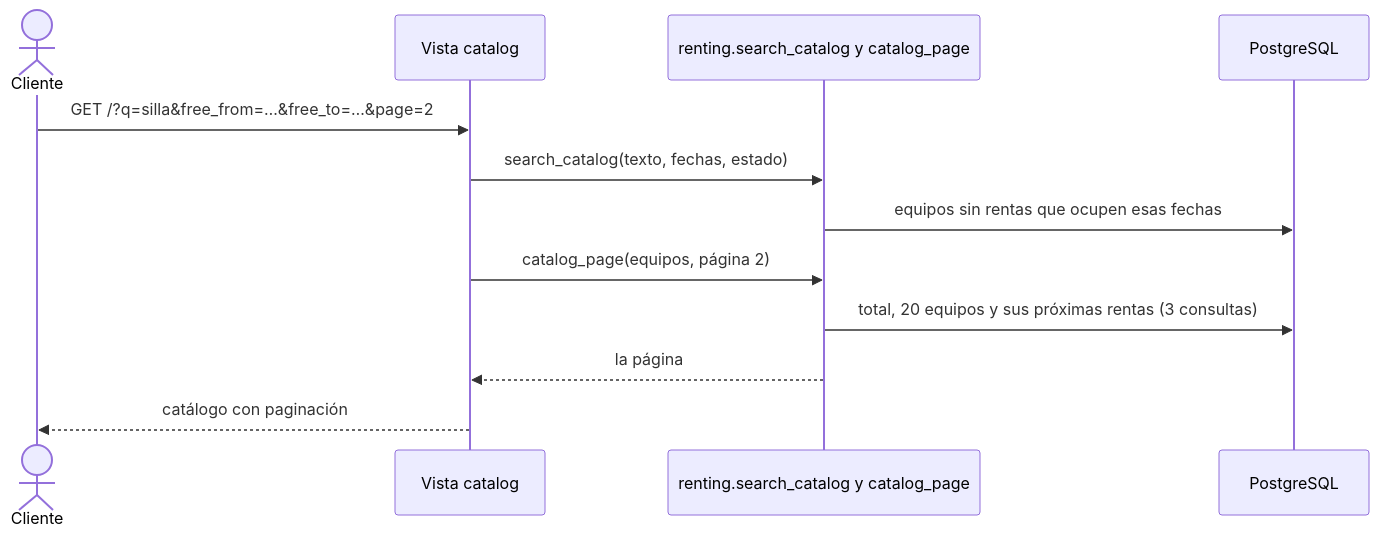
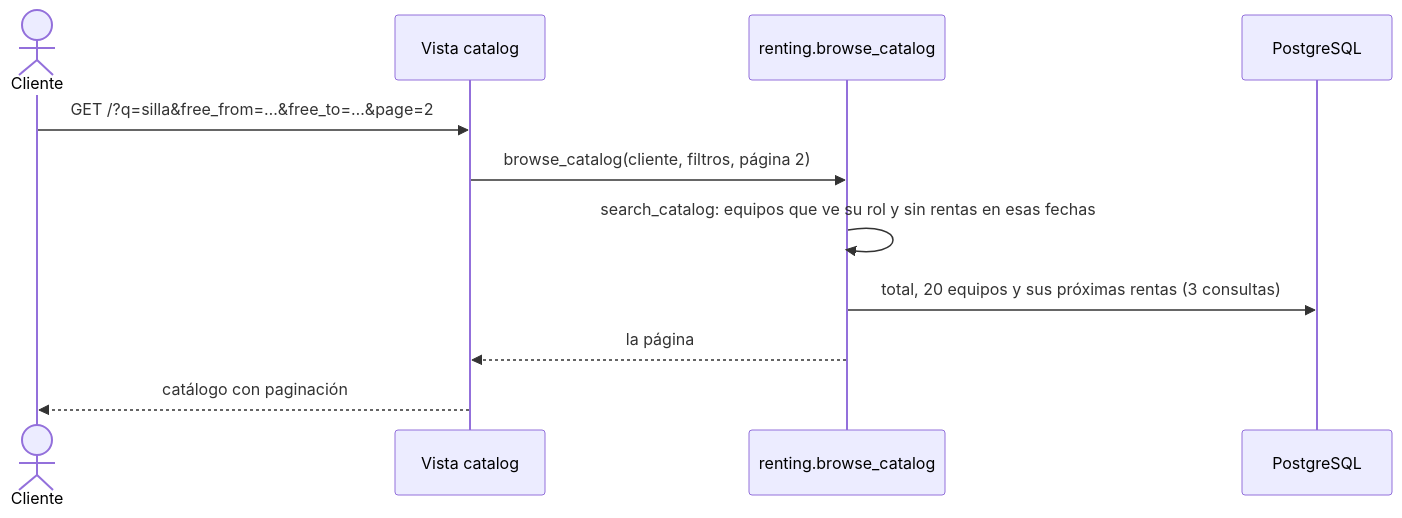
Before and after one commit to peterteranb/astra-rent-system: the fourth of 17 diagrams in docs/casos-de-uso.md, drawn with Mermaid. The commit also changed other lines of this file and 18 other files, not shown here.

````diff
--- a/docs/casos-de-uso.md
+++ b/docs/casos-de-uso.md
@@ -211,14 +211,13 @@
 ```mermaid
 sequenceDiagram
     actor C as Cliente
     participant V as Vista catalog
-    participant U as renting.search_catalog y catalog_page
+    participant U as renting.browse_catalog
     participant BD as PostgreSQL
     C->>V: GET /?q=silla&free_from=…&free_to=…&page=2
-    V->>U: search_catalog(texto, fechas, estado)
-    U->>BD: equipos sin rentas que ocupen esas fechas
-    V->>U: catalog_page(equipos, página 2)
+    V->>U: browse_catalog(cliente, filtros, página 2)
+    U->>U: search_catalog: equipos que ve su rol y sin rentas en esas fechas
     U->>BD: total, 20 equipos y sus próximas rentas (3 consultas)
     U-->>V: la página
     V-->>C: catálogo con paginación
 ```
````
